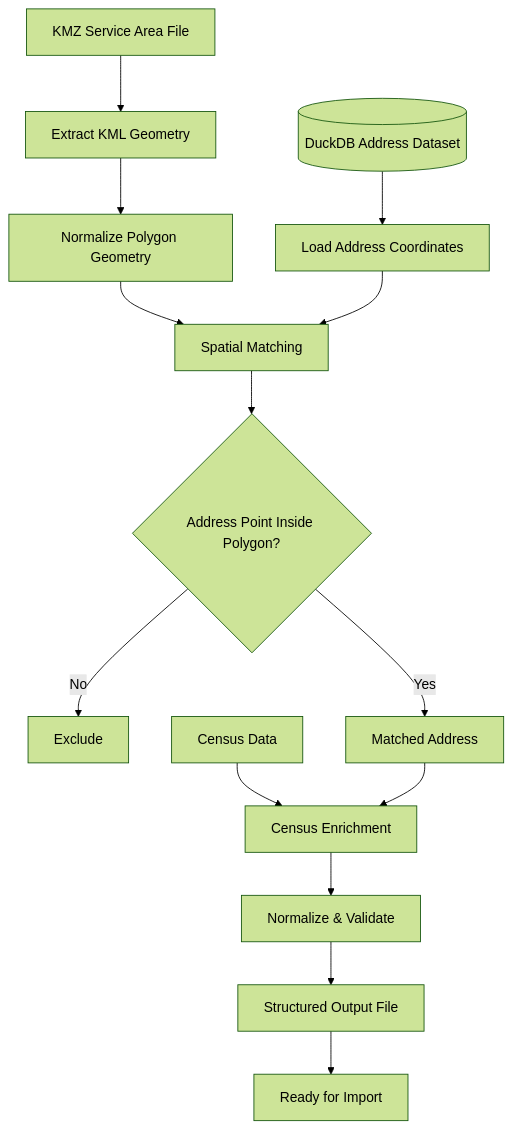
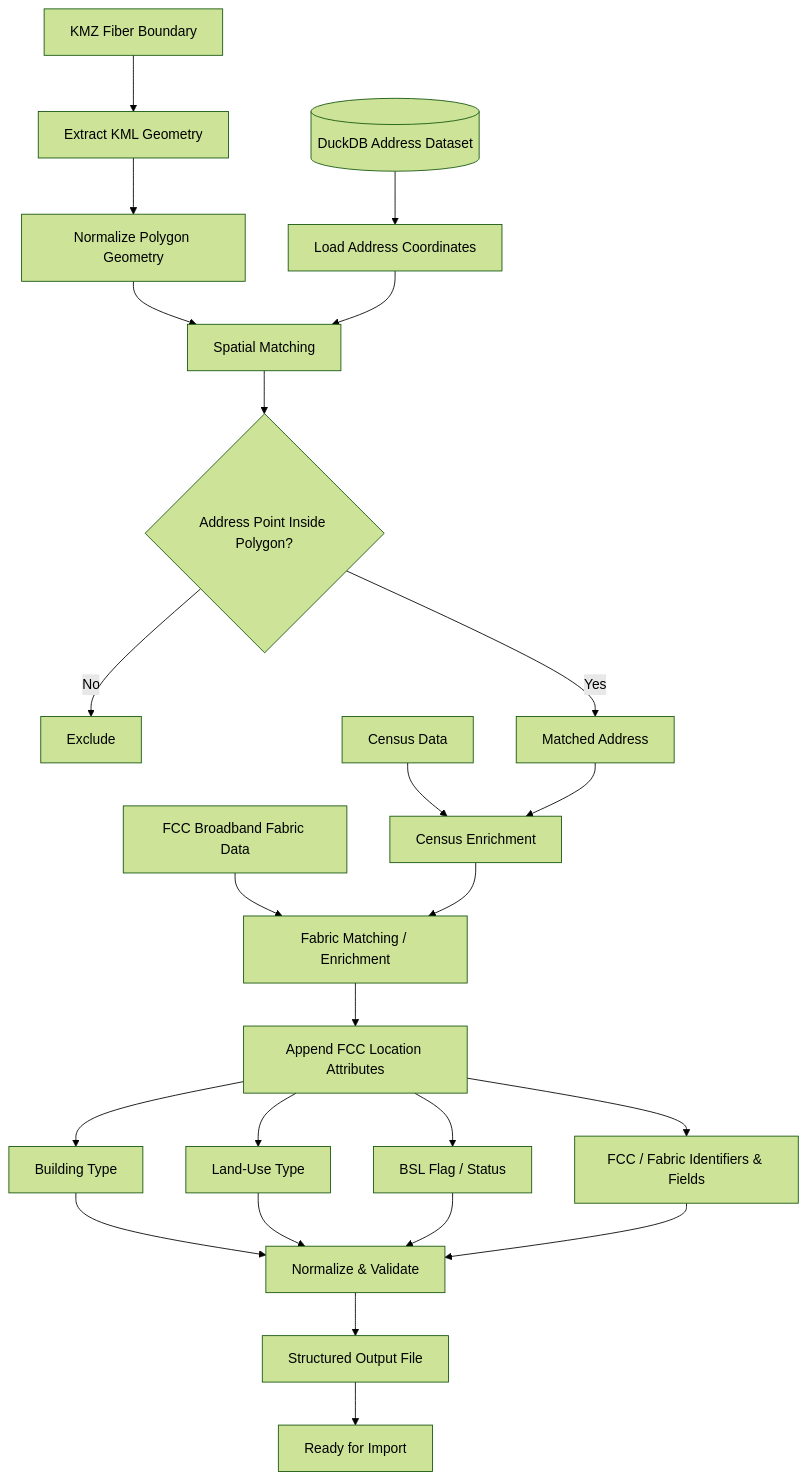
One commit to kaseypelchy-ops/fiber-service-area-mapping-showcase changed the diagram in README.md. Above: the diagram before and after it, drawn with Mermaid (forest theme). The commit also changed other lines of this file, not shown here.

First line of the commit message:
Enhance README with details on data enrichment and attributes

````diff
--- a/README.md
+++ b/README.md
@@ -27,22 +29,34 @@
 ```mermaid
 flowchart TD
-    A[KMZ Service Area File] --> B[Extract KML Geometry]
+    A[KMZ Fiber Boundary] --> B[Extract KML Geometry]
     B --> C[Normalize Polygon Geometry]
 
     D[(DuckDB Address Dataset)] --> E[Load Address Coordinates]
 
     C --> F[Spatial Matching]
     E --> F
 
     F --> G{Address Point Inside Polygon?}
-
     G -- No --> H[Exclude]
     G -- Yes --> I[Matched Address]
 
     J[Census Data] --> K[Census Enrichment]
     I --> K
 
-    K --> L[Normalize & Validate]
-    L --> M[Structured Output File]
-    M --> N[Ready for Import]
+    L[FCC Broadband Fabric Data] --> M[Fabric Matching / Enrichment]
+    K --> M
+
+    M --> N[Append FCC Location Attributes]
+    N --> O[Building Type]
+    N --> P[Land-Use Type]
+    N --> Q[BSL Flag / Status]
+    N --> R[FCC / Fabric Identifiers & Fields]
+
+    O --> S[Normalize & Validate]
+    P --> S
+    Q --> S
+    R --> S
+
+    S --> T[Structured Output File]
+    T --> U[Ready for Import]
 ```
````
